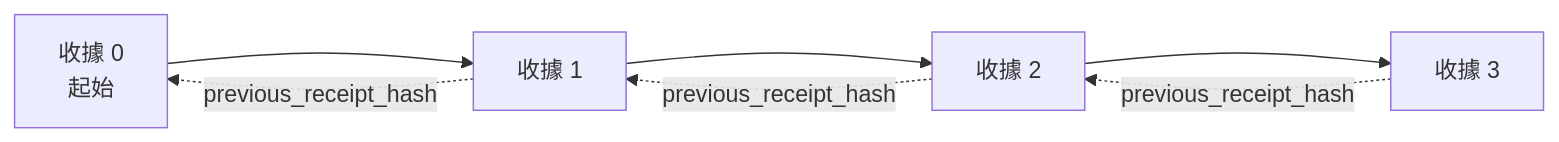
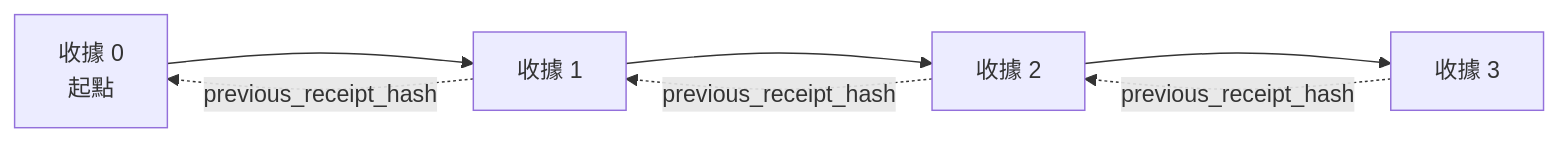
One commit to gabrielmoreira/agent-skills-mirror changed the second of 2 diagrams in mirrors/repos/microsoft@ai-agents-for-beginners/translations/zh-MO/18-securing-ai-agents/README.md. Above: the diagram before and after it, drawn with Mermaid. The commit also changed other lines of this file and 4262 other files, not shown here.

````diff
--- a/mirrors/repos/microsoft@ai-agents-for-beginners/translations/zh-MO/18-securing-ai-agents/README.md
+++ b/mirrors/repos/microsoft@ai-agents-for-beginners/translations/zh-MO/18-securing-ai-agents/README.md
@@ -206,9 +203,9 @@
 ```mermaid
 flowchart LR
-    R0[收據 0<br/>起始] --> R1[收據 1]
+    R0[收據 0<br/>起點] --> R1[收據 1]
     R1 --> R2[收據 2]
     R2 --> R3[收據 3]
     R1 -. previous_receipt_hash .-> R0
     R2 -. previous_receipt_hash .-> R1
     R3 -. previous_receipt_hash .-> R2
 ```
````
